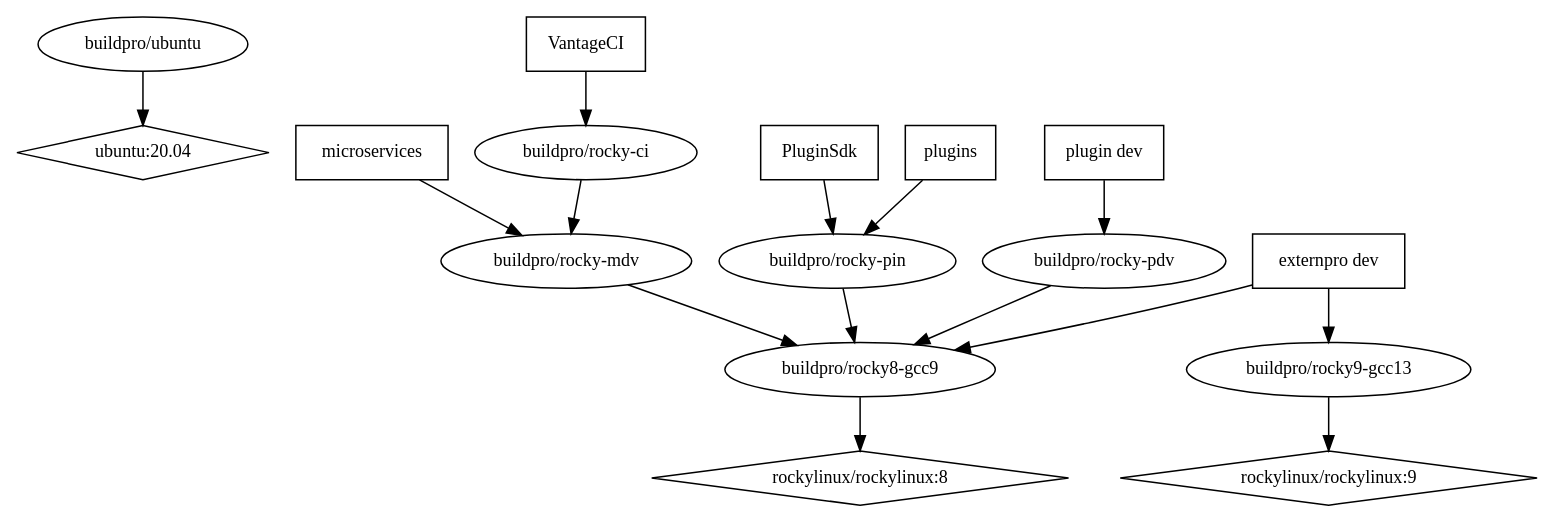
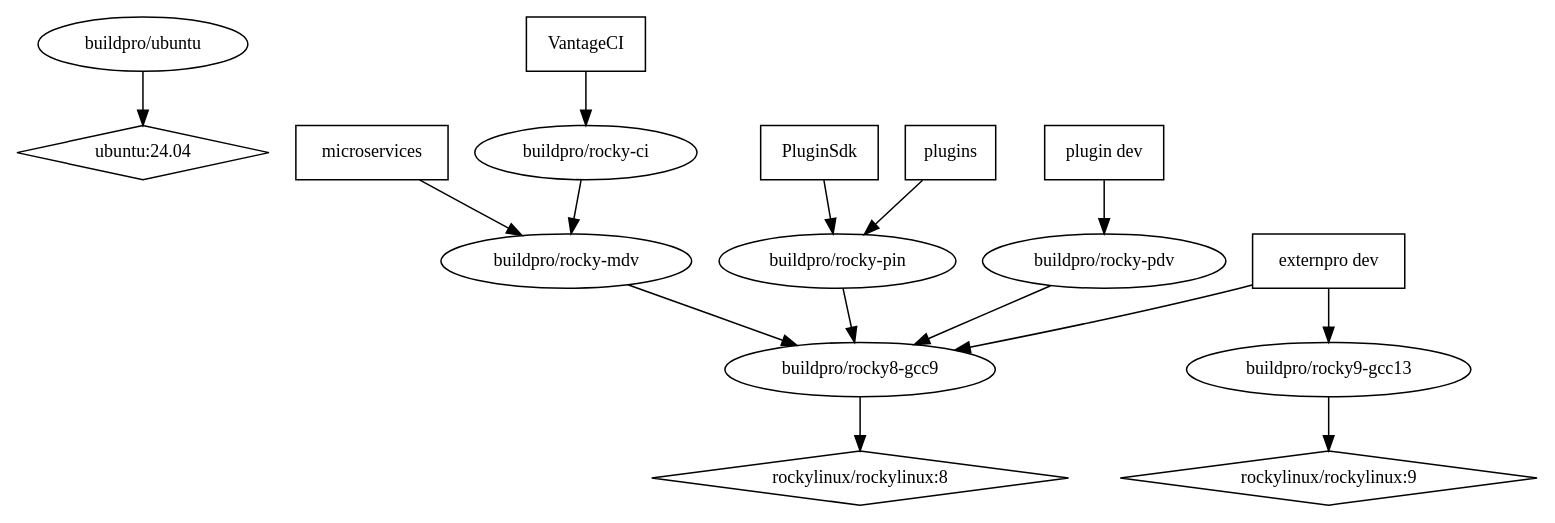
The diagram in graph/graph.dot (externpro/externpro), drawn with Graphviz before and after one commit.

Commit message:
graph: corrected ubuntu version to 24.04

```diff
--- a/graph/graph.dot
+++ b/graph/graph.dot
@@ -1,26 +1,26 @@
 digraph GG {
   node [fontsize=12];
-  "ubuntu:20.04" [shape=diamond];
+  "ubuntu:24.04" [shape=diamond];
   "rockylinux/rockylinux:8" [shape=diamond];
   "rockylinux/rockylinux:9" [shape=diamond];
   "externpro dev" [shape=box];
   "PluginSdk" [shape=box];
   "plugins" [shape=box];
   "plugin dev" [shape=box];
   "microservices" [shape=box];
   "VantageCI" [shape=box];
   "buildpro/rocky8-gcc9" -> "rockylinux/rockylinux:8";
   "buildpro/rocky9-gcc13" -> "rockylinux/rockylinux:9";
   "buildpro/rocky-mdv" -> "buildpro/rocky8-gcc9";
   "buildpro/rocky-pin" -> "buildpro/rocky8-gcc9";
   "buildpro/rocky-pdv" -> "buildpro/rocky8-gcc9";
   "buildpro/rocky-ci" -> "buildpro/rocky-mdv";
-  "buildpro/ubuntu" -> "ubuntu:20.04";
+  "buildpro/ubuntu" -> "ubuntu:24.04";
   "externpro dev" -> "buildpro/rocky8-gcc9";
   "externpro dev" -> "buildpro/rocky9-gcc13";
   "PluginSdk" -> "buildpro/rocky-pin";
   "plugins" -> "buildpro/rocky-pin";
   "plugin dev" -> "buildpro/rocky-pdv";
   "microservices" -> "buildpro/rocky-mdv";
   "VantageCI" -> "buildpro/rocky-ci";
 }
```
